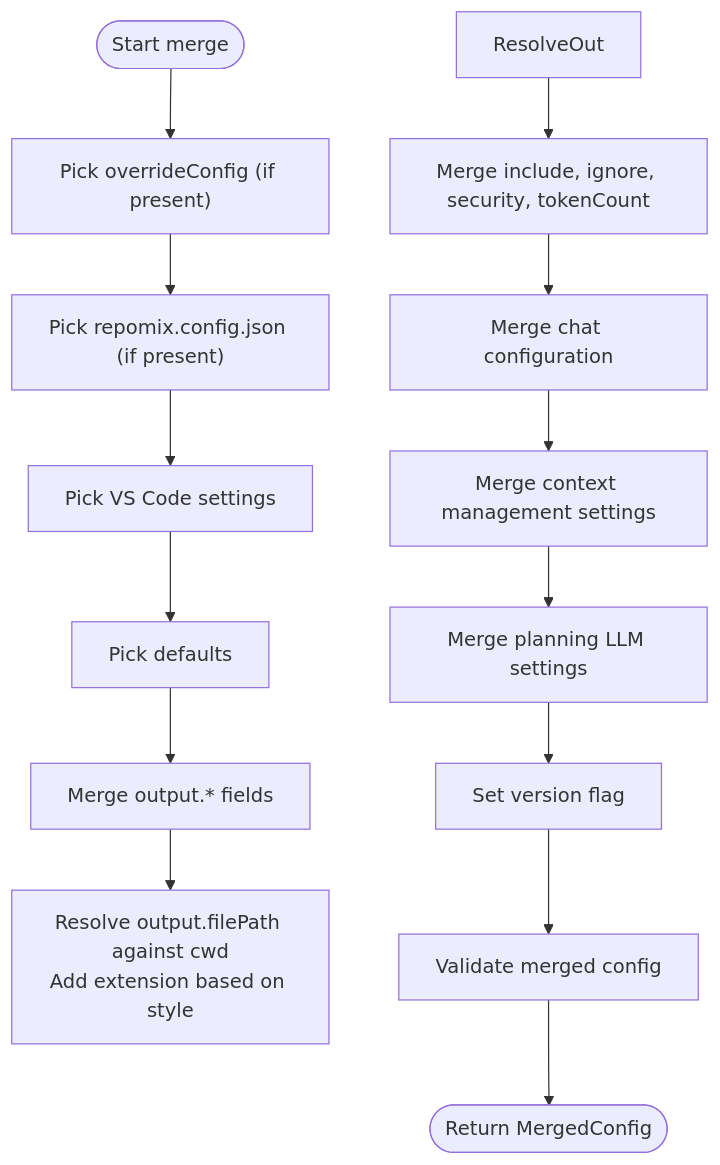
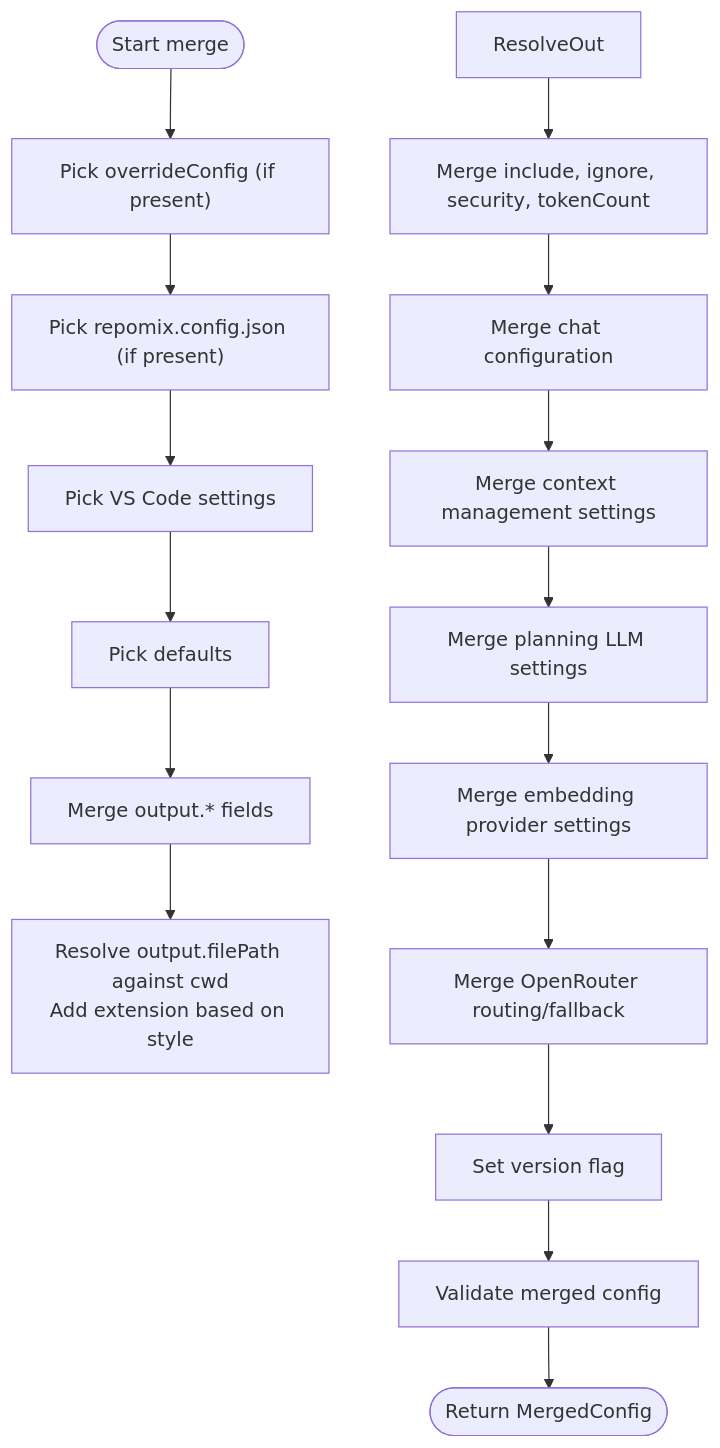
The third of 11 diagrams in .qoder/repowiki/en/content/Configuration Management/Configuration Management.md (bramburn/repomix-runner), drawn with Mermaid before and after one commit. The commit also changed other lines of this file and 14 other files, not shown here.

````diff
--- a/.qoder/repowiki/en/content/Configuration Management/Configuration Management.md
+++ b/.qoder/repowiki/en/content/Configuration Management/Configuration Management.md
@@ -235,16 +247,18 @@
 ```mermaid
 flowchart TD
 Start(["Start merge"]) --> PickOverride["Pick overrideConfig (if present)"]
 PickOverride --> PickFile["Pick repomix.config.json (if present)"]
 PickFile --> PickVS["Pick VS Code settings"]
 PickVS --> PickBase["Pick defaults"]
 PickBase --> MergeOut["Merge output.* fields"]
 MergeOut --> ResolvePath["Resolve output.filePath against cwd<br/>Add extension based on style"]
 ResolveOut --> MergeOthers["Merge include, ignore, security, tokenCount"]
 MergeOthers --> MergeChat["Merge chat configuration"]
 MergeChat --> MergeContext["Merge context management settings"]
 MergeContext --> MergePlanning["Merge planning LLM settings"]
-MergePlanning --> VersionCfg["Set version flag"]
+MergePlanning --> MergeEmbedding["Merge embedding provider settings"]
+MergeEmbedding --> MergeOpenRouter["Merge OpenRouter routing/fallback"]
+MergeOpenRouter --> VersionCfg["Set version flag"]
 VersionCfg --> Validate["Validate merged config"]
 Validate --> End(["Return MergedConfig"])
 ```
````
